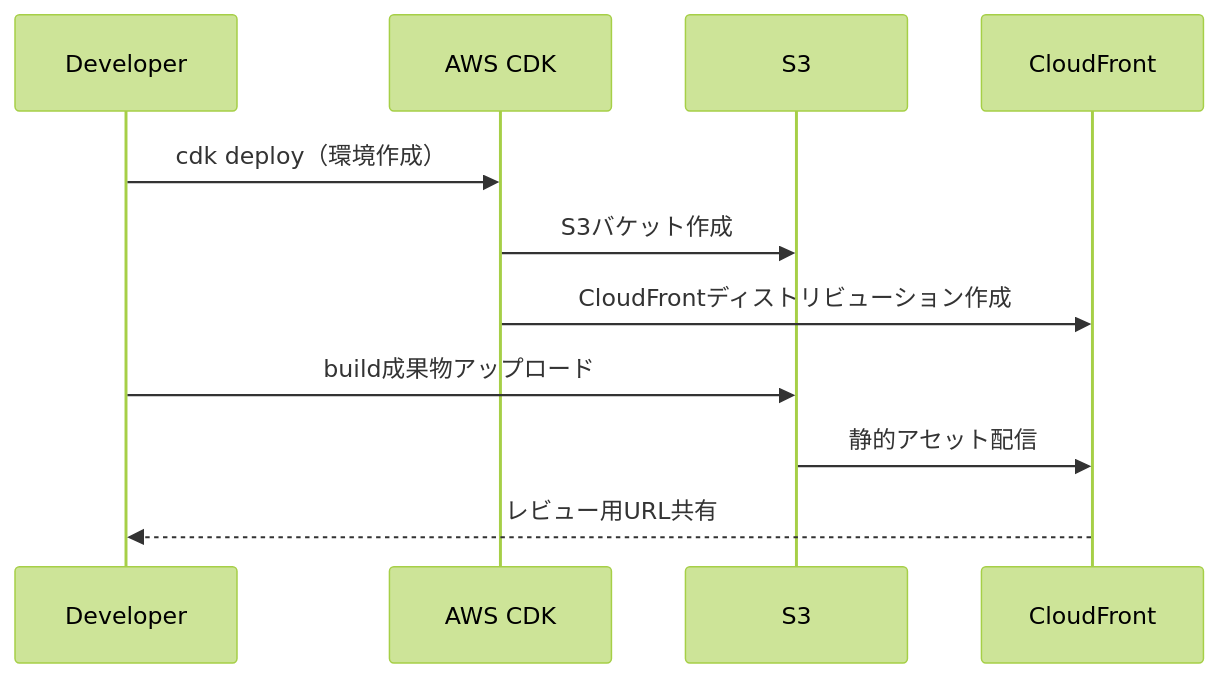
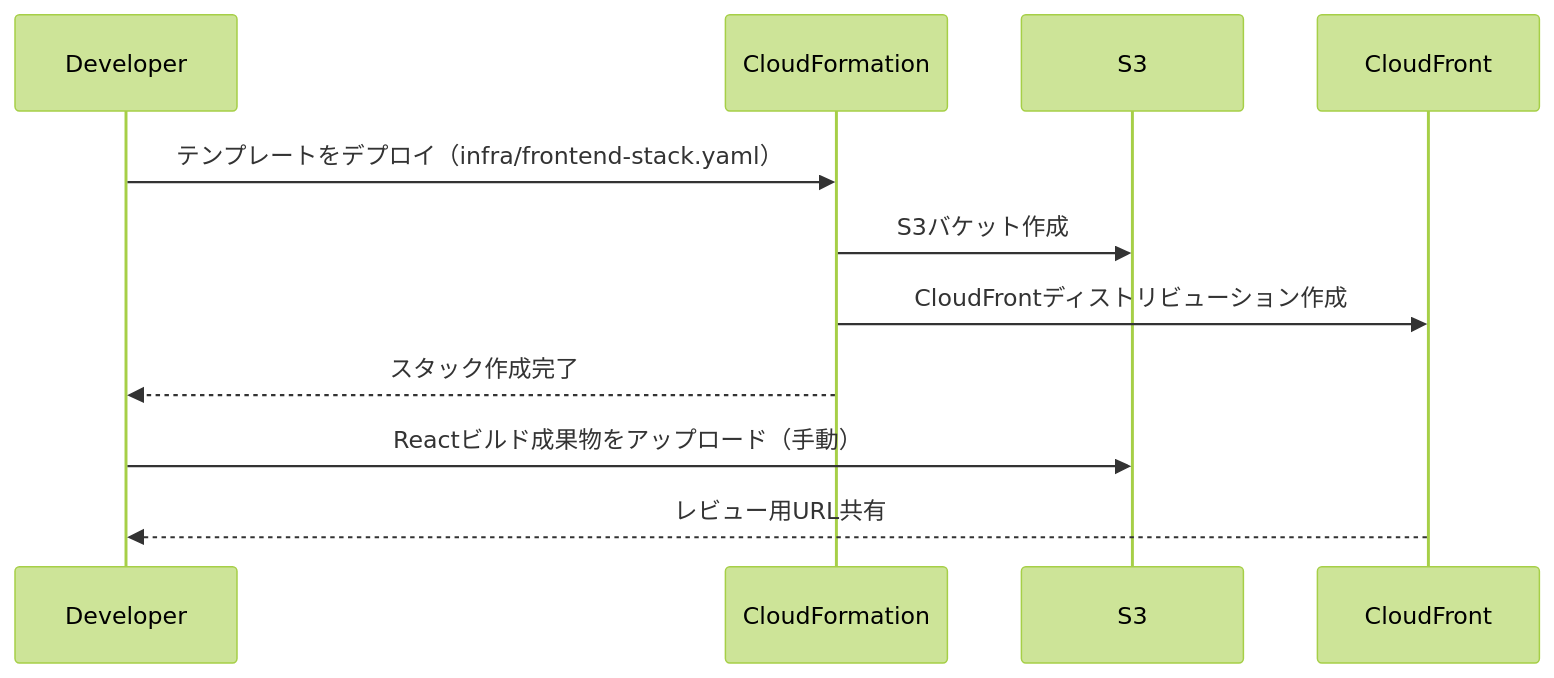
Before and after one commit to nohara-kengo/frontend-preview-env: the second of 3 diagrams in README.md, drawn with Mermaid (forest theme). The commit also changed other lines of this file and 3 other files, not shown here.

````diff
--- a/README.md
+++ b/README.md
@@ -38,13 +41,14 @@
 ```mermaid
 sequenceDiagram
-	participant Dev as Developer
-	participant CDK as AWS CDK
-	participant S3 as S3
-	participant CF as CloudFront
-	Dev->>CDK: cdk deploy（環境作成）
-	CDK->>S3: S3バケット作成
-	CDK->>CF: CloudFrontディストリビューション作成
-	Dev->>S3: build成果物アップロード
-	S3->>CF: 静的アセット配信
-	CF-->>Dev: レビュー用URL共有
+    participant Dev as Developer
+    participant CF as CloudFormation
+    participant S3 as S3
+    participant CDN as CloudFront
+
+    Dev->>CF: テンプレートをデプロイ（infra/frontend-stack.yaml）
+    CF->>S3: S3バケット作成
+    CF->>CDN: CloudFrontディストリビューション作成
+    CF-->>Dev: スタック作成完了
+    Dev->>S3: Reactビルド成果物をアップロード（手動）
+    CDN-->>Dev: レビュー用URL共有
 ```
````
